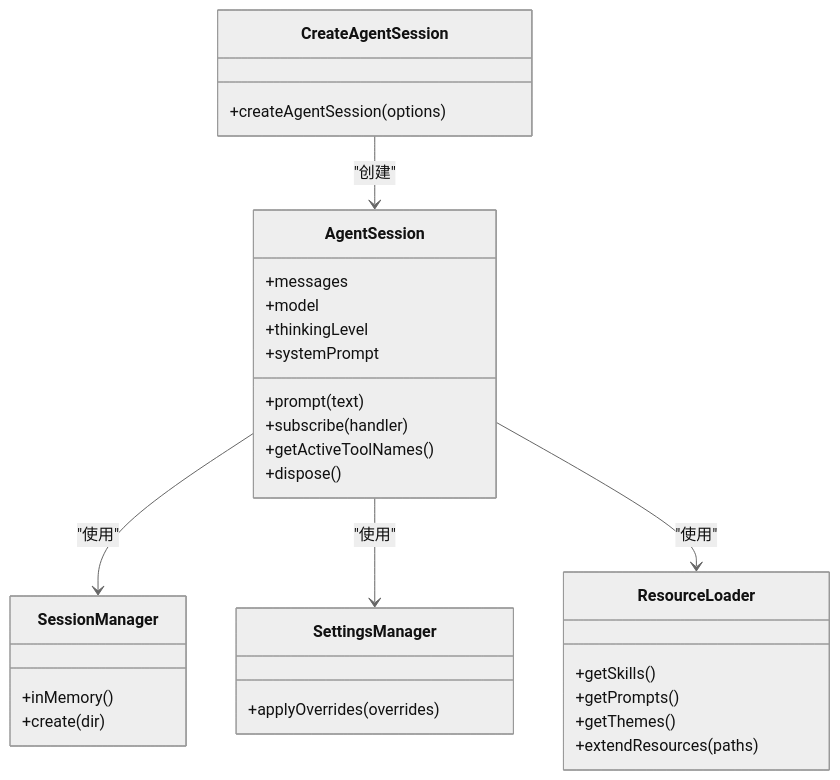
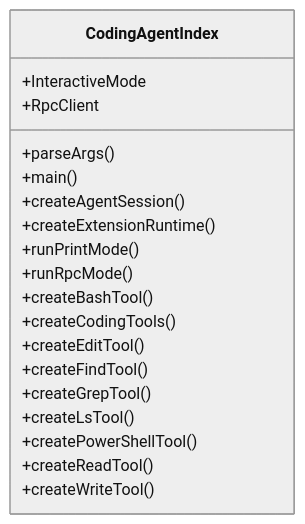
One commit to FDE-GROUP/oh-my-coding-agent changed the fifth of 8 diagrams in .qoder/repowiki/zh/content/项目概述/项目概述.md. Above: the diagram before and after it, drawn with Mermaid (neutral theme). The commit also changed other lines of this file and 755 other files, not shown here.

````diff
--- a/.qoder/repowiki/zh/content/项目概述/项目概述.md
+++ b/.qoder/repowiki/zh/content/项目概述/项目概述.md
@@ -273,33 +177,22 @@
 ```mermaid
 classDiagram
-class CreateAgentSession {
-+createAgentSession(options)
+class CodingAgentIndex {
++parseArgs()
++main()
++createAgentSession()
++createExtensionRuntime()
++runPrintMode()
++runRpcMode()
++InteractiveMode
++RpcClient
++createBashTool()
++createCodingTools()
++createEditTool()
++createFindTool()
++createGrepTool()
++createLsTool()
++createPowerShellTool()
++createReadTool()
++createWriteTool()
 }
-class AgentSession {
-+prompt(text)
-+subscribe(handler)
-+messages
-+model
-+thinkingLevel
-+systemPrompt
-+getActiveToolNames()
-+dispose()
-}
-class SessionManager {
-+inMemory()
-+create(dir)
-}
-class SettingsManager {
-+applyOverrides(overrides)
-}
-class ResourceLoader {
-+getSkills()
-+getPrompts()
-+getThemes()
-+extendResources(paths)
-}
-CreateAgentSession --> AgentSession : "创建"
-AgentSession --> SessionManager : "使用"
-AgentSession --> SettingsManager : "使用"
-AgentSession --> ResourceLoader : "使用"
 ```
````
